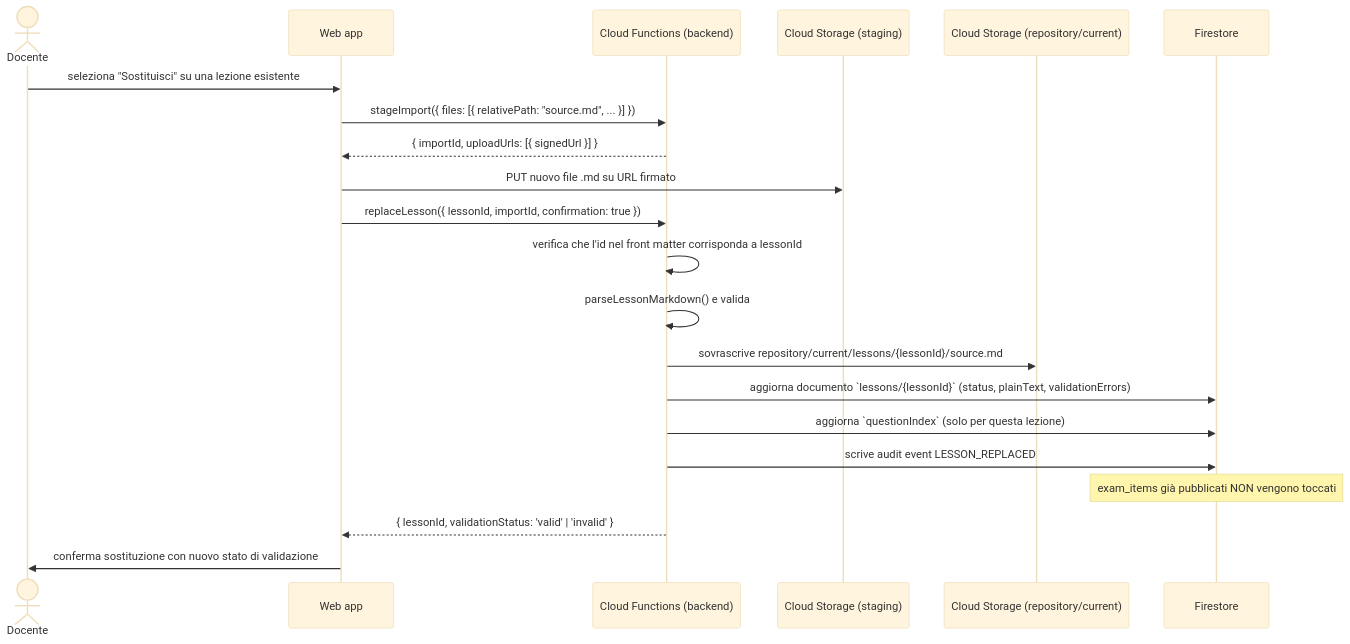
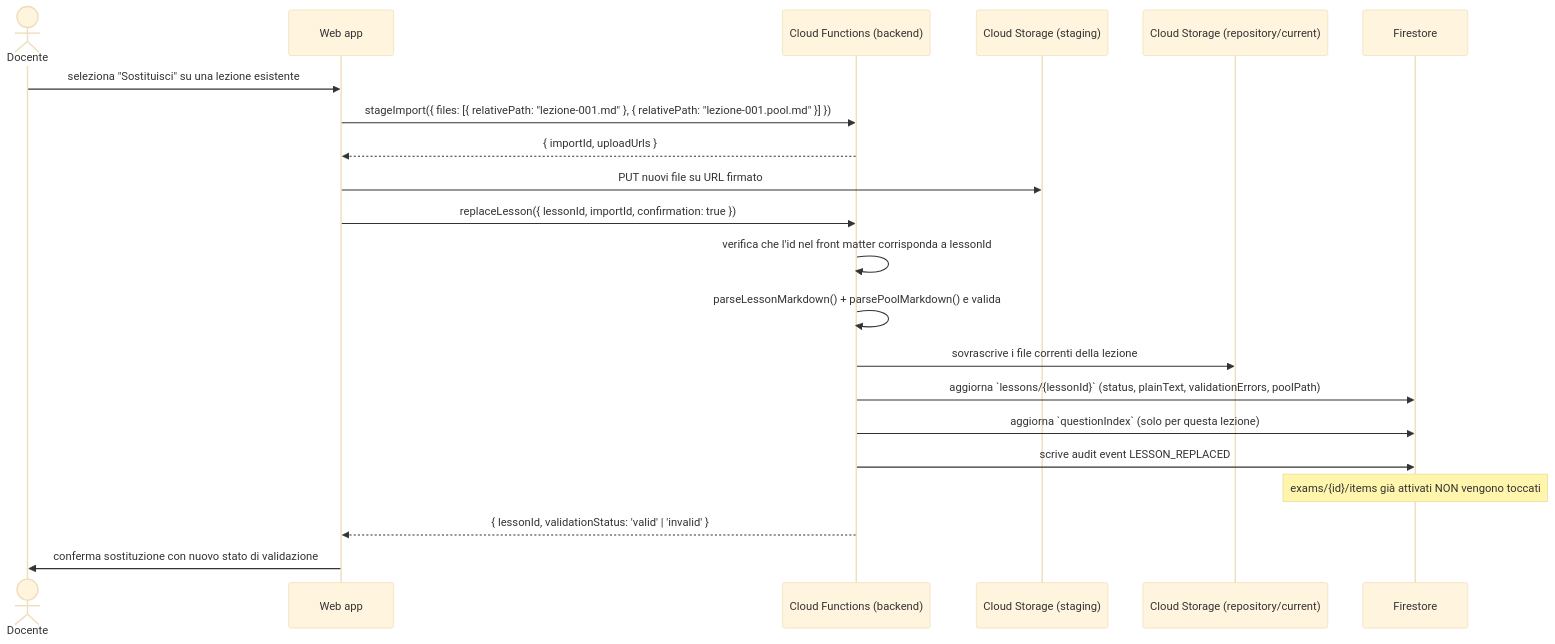
One commit to EnricoPaparo/SchoolForge changed the third of 3 diagrams in documentazione/diagrammi/sequence-import-lezione.md. Above: the diagram before and after it, drawn with Mermaid (base theme). The commit also changed other lines of this file and 7 other files, not shown here.

First line of the commit message:
docs: allinea i 5 diagrammi alla v2.0 e completa il README

````diff
--- a/documentazione/diagrammi/sequence-import-lezione.md
+++ b/documentazione/diagrammi/sequence-import-lezione.md
@@ -87,27 +88,27 @@
 ```mermaid
 sequenceDiagram
     actor D as Docente
     participant W as Web app
     participant CF as Cloud Functions (backend)
     participant ST as Cloud Storage (staging)
     participant SR as Cloud Storage (repository/current)
     participant FS as Firestore
 
     D->>W: seleziona "Sostituisci" su una lezione esistente
-    W->>CF: stageImport({ files: [{ relativePath: "source.md", ... }] })
-    CF-->>W: { importId, uploadUrls: [{ signedUrl }] }
-    W->>ST: PUT nuovo file .md su URL firmato
+    W->>CF: stageImport({ files: [{ relativePath: "lezione-001.md" }, { relativePath: "lezione-001.pool.md" }] })
+    CF-->>W: { importId, uploadUrls }
+    W->>ST: PUT nuovi file su URL firmato
 
     W->>CF: replaceLesson({ lessonId, importId, confirmation: true })
     CF->>CF: verifica che l'id nel front matter corrisponda a lessonId
-    CF->>CF: parseLessonMarkdown() e valida
-    CF->>SR: sovrascrive repository/current/lessons/{lessonId}/source.md
-    CF->>FS: aggiorna documento `lessons/{lessonId}` (status, plainText, validationErrors)
+    CF->>CF: parseLessonMarkdown() + parsePoolMarkdown() e valida
+    CF->>SR: sovrascrive i file correnti della lezione
+    CF->>FS: aggiorna `lessons/{lessonId}` (status, plainText, validationErrors, poolPath)
     CF->>FS: aggiorna `questionIndex` (solo per questa lezione)
     CF->>FS: scrive audit event LESSON_REPLACED
 
-    note over FS: exam_items già pubblicati NON vengono toccati
+    note over FS: exams/{id}/items già attivati NON vengono toccati
 
     CF-->>W: { lessonId, validationStatus: 'valid' | 'invalid' }
     W->>D: conferma sostituzione con nuovo stato di validazione
 ```
````
